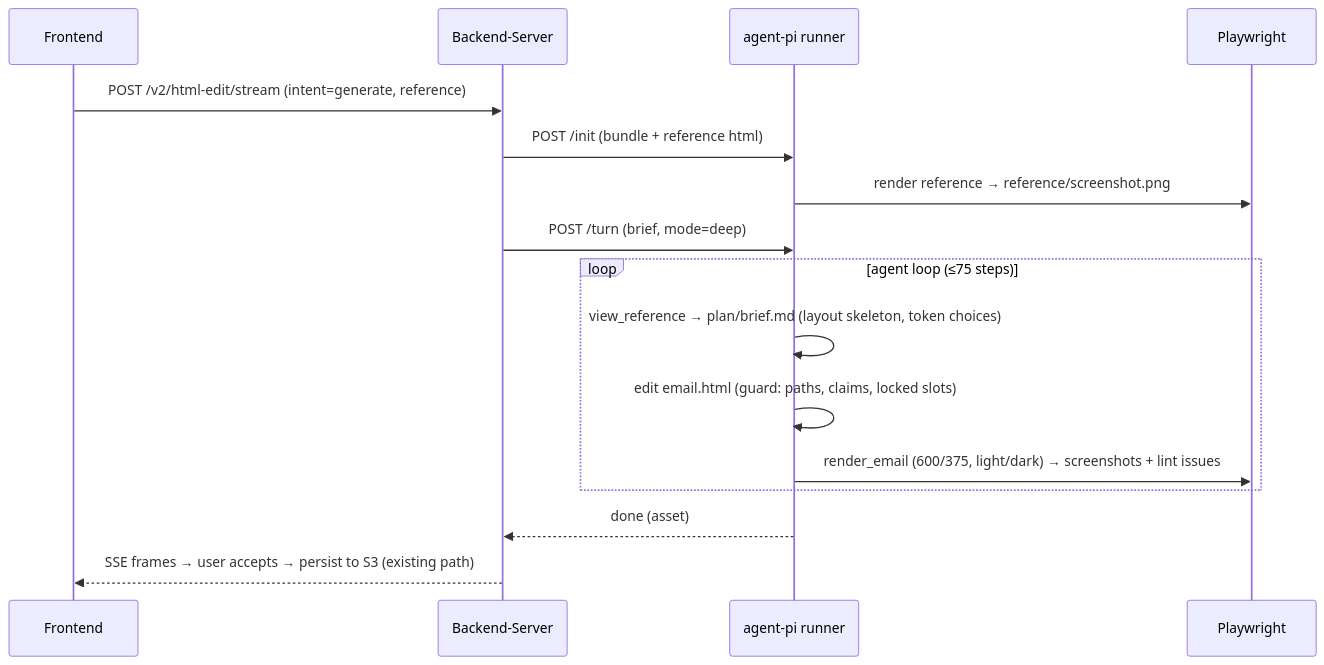
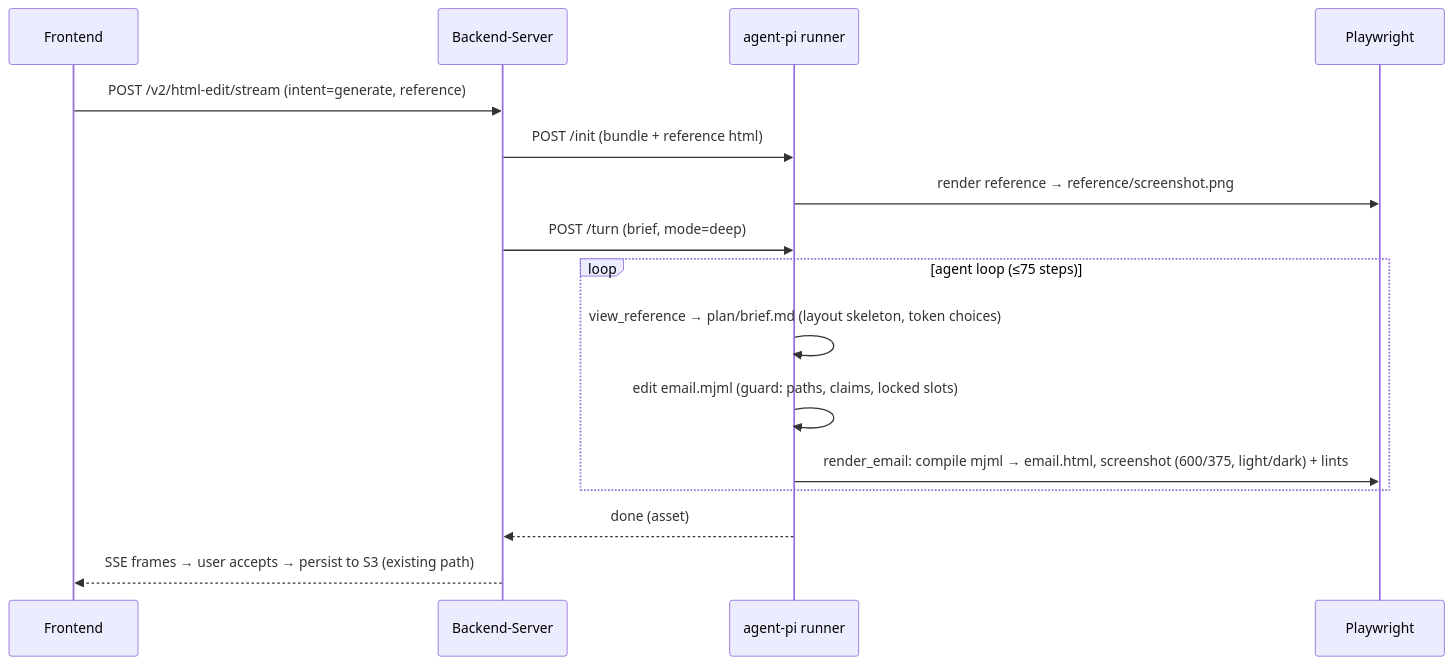
The second of 4 diagrams in plans/SOL-3169-unified-generation-agent.md (Solstice-Health/engineering-specs), drawn with Mermaid before and after one commit. The commit also changed other lines of this file, not shown here.

Commit message:
SOL-3169: generate emails through MJML, with HTML as the platform asset

````diff
--- a/plans/SOL-3169-unified-generation-agent.md
+++ b/plans/SOL-3169-unified-generation-agent.md
@@ -86,18 +92,18 @@
 ```mermaid
 sequenceDiagram
     participant FE as Frontend
     participant BE as Backend-Server
     participant R as agent-pi runner
     participant P as Playwright
     FE->>BE: POST /v2/html-edit/stream (intent=generate, reference)
     BE->>R: POST /init (bundle + reference html)
     R->>P: render reference → reference/screenshot.png
     BE->>R: POST /turn (brief, mode=deep)
     loop agent loop (≤75 steps)
         R->>R: view_reference → plan/brief.md (layout skeleton, token choices)
-        R->>R: edit email.html (guard: paths, claims, locked slots)
-        R->>P: render_email (600/375, light/dark) → screenshots + lint issues
+        R->>R: edit email.mjml (guard: paths, claims, locked slots)
+        R->>P: render_email: compile mjml → email.html, screenshot (600/375, light/dark) + lints
     end
     R-->>BE: done (asset)
     BE-->>FE: SSE frames → user accepts → persist to S3 (existing path)
 ```
````
